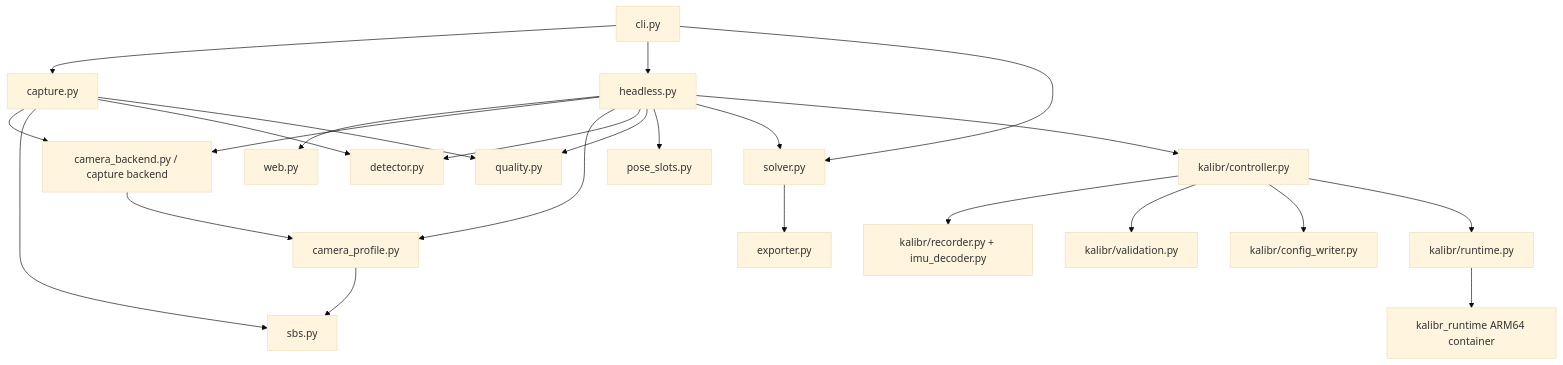
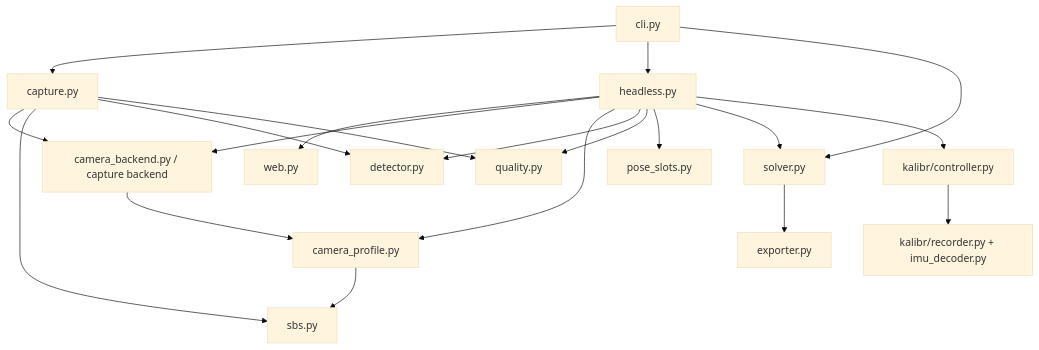
One commit to QiuXin-Mking/stereo changed the second of 4 diagrams in docs/项目架构说明.md. Above: the diagram before and after it, drawn with Mermaid (base theme). The commit also changed other lines of this file and 34 other files, not shown here.

````diff
--- a/docs/项目架构说明.md
+++ b/docs/项目架构说明.md
@@ -55,26 +54,22 @@
 ```mermaid
 flowchart TB
     CLI[cli.py] --> CAP[capture.py]
     CLI --> HEAD[headless.py]
     HEAD --> WEB[web.py]
     CAP --> BACK[camera_backend.py / capture backend]
     HEAD --> BACK
     BACK --> PROFILE[camera_profile.py]
     CAP --> SBS[sbs.py]
     HEAD --> PROFILE
     PROFILE --> SBS
     CAP --> DET[detector.py]
     HEAD --> DET
     CAP --> Q[quality.py]
     HEAD --> Q
     HEAD --> SLOT[pose_slots.py]
     CLI --> SOLVE[solver.py]
     HEAD --> SOLVE
     SOLVE --> EXP[exporter.py]
     HEAD --> KC[kalibr/controller.py]
     KC --> REC[kalibr/recorder.py + imu_decoder.py]
-    KC --> VAL[kalibr/validation.py]
-    KC --> CFG[kalibr/config_writer.py]
-    KC --> KR[kalibr/runtime.py]
-    KR --> DOCKER[kalibr_runtime ARM64 container]
 ```
````
